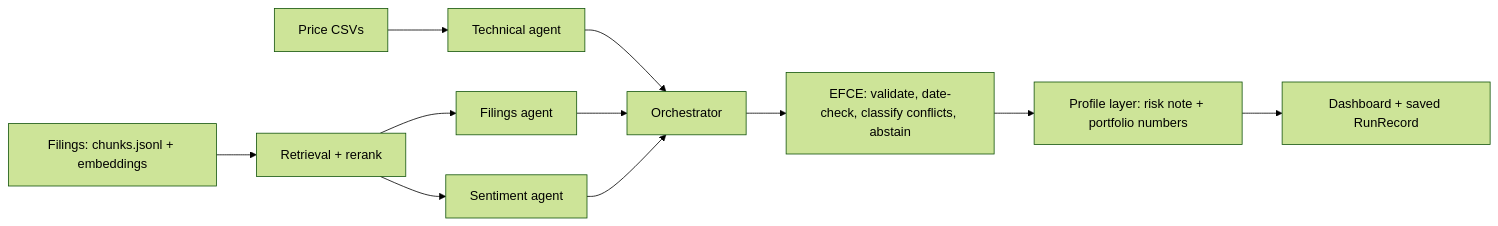
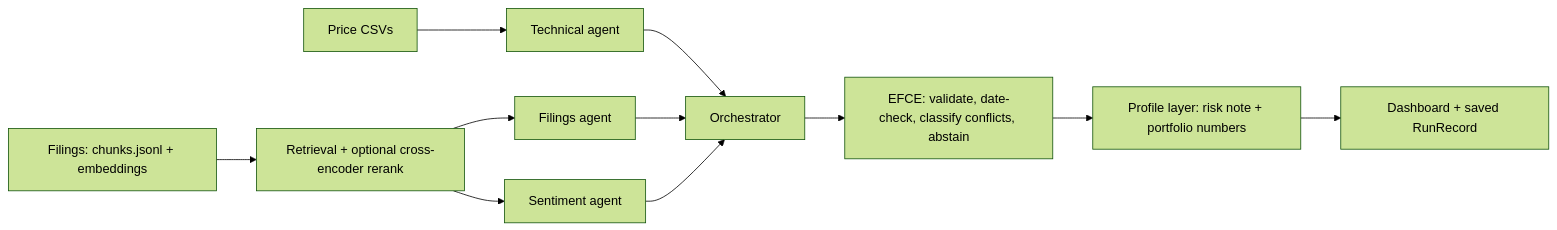
One commit to harshhh2016/vibefinance changed the diagram in docs/ARCHITECTURE.md. Above: the diagram before and after it, drawn with Mermaid (forest theme). The commit also changed other lines of this file and 1 other file, not shown here.

Commit message:
Add README and architecture write-up

````diff
--- a/docs/ARCHITECTURE.md
+++ b/docs/ARCHITECTURE.md
@@ -7,13 +7,13 @@
 ```mermaid
 flowchart LR
     P[Price CSVs] --> T[Technical agent]
-    D[Filings: chunks.jsonl + embeddings] --> R[Retrieval + rerank]
+    D[Filings: chunks.jsonl + embeddings] --> R[Retrieval + optional cross-encoder rerank]
     R --> F[Filings agent]
     R --> S[Sentiment agent]
     T --> O[Orchestrator]
     F --> O
     S --> O
     O --> E[EFCE: validate, date-check, classify conflicts, abstain]
     E --> A[Profile layer: risk note + portfolio numbers]
     A --> U[Dashboard + saved RunRecord]
 ```
````
